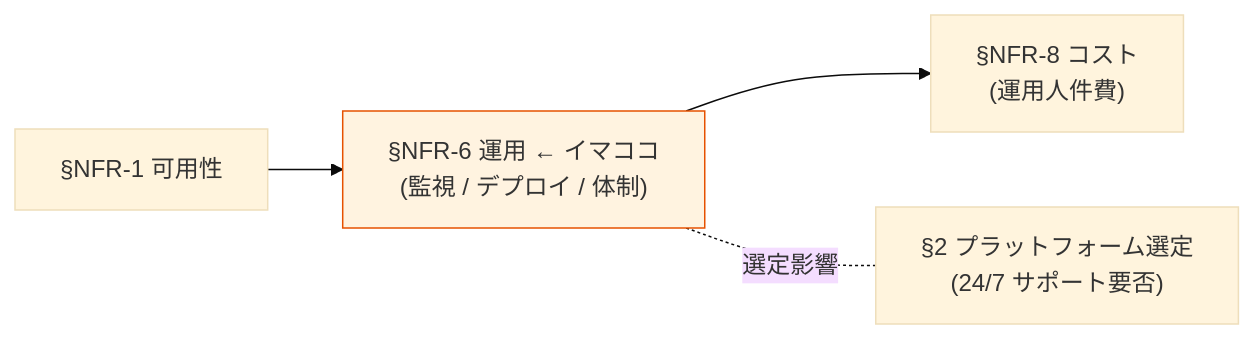
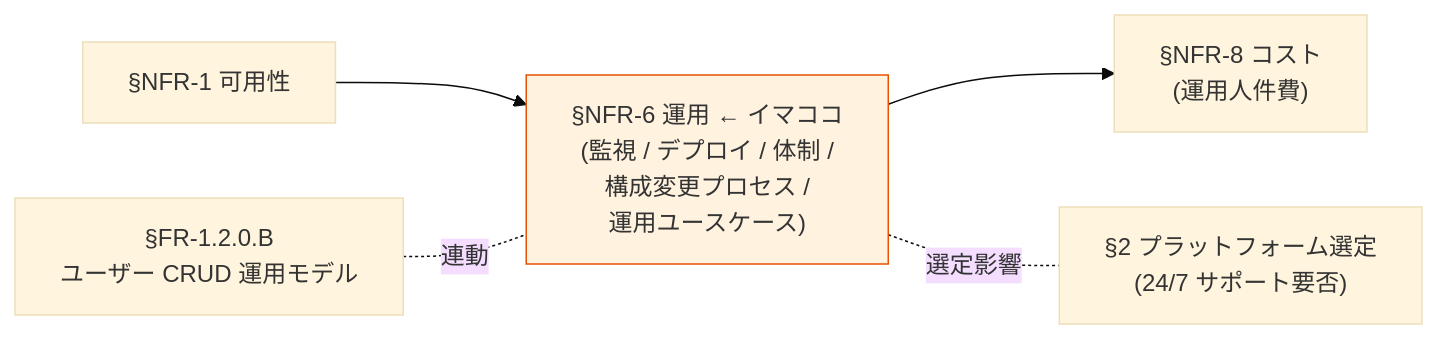
Before and after one commit to suepie/aws-atuh-poc: the first of 2 diagrams in doc/requirements/proposal/nfr/06-operations.md, drawn with Mermaid (base theme). The commit also changed other lines of this file and 38 other files, not shown here.

````diff
--- a/doc/requirements/proposal/nfr/06-operations.md
+++ b/doc/requirements/proposal/nfr/06-operations.md
@@ -24,13 +27,15 @@
 ```mermaid
 flowchart LR
     NFR1["§NFR-1 可用性"]
-    NFR6["§NFR-6 運用 ← イマココ<br/>(監視 / デプロイ / 体制)"]
+    NFR6["§NFR-6 運用 ← イマココ<br/>(監視 / デプロイ / 体制 /<br/>構成変更プロセス /<br/>運用ユースケース)"]
     NFR8["§NFR-8 コスト<br/>(運用人件費)"]
     Plat["§2 プラットフォーム選定<br/>(24/7 サポート要否)"]
+    FR120["§FR-1.2.0.B<br/>ユーザー CRUD 運用モデル"]
 
     NFR1 --> NFR6
     NFR6 --> NFR8
     NFR6 -.選定影響.- Plat
+    FR120 -.連動.- NFR6
 
     style NFR6 fill:#fff3e0,stroke:#e65100
 ```
````
